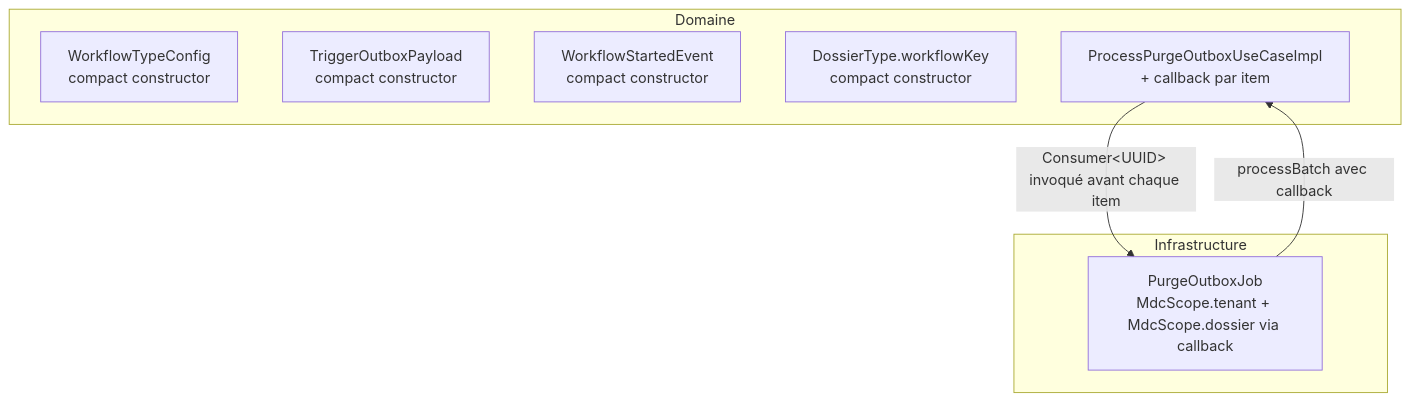
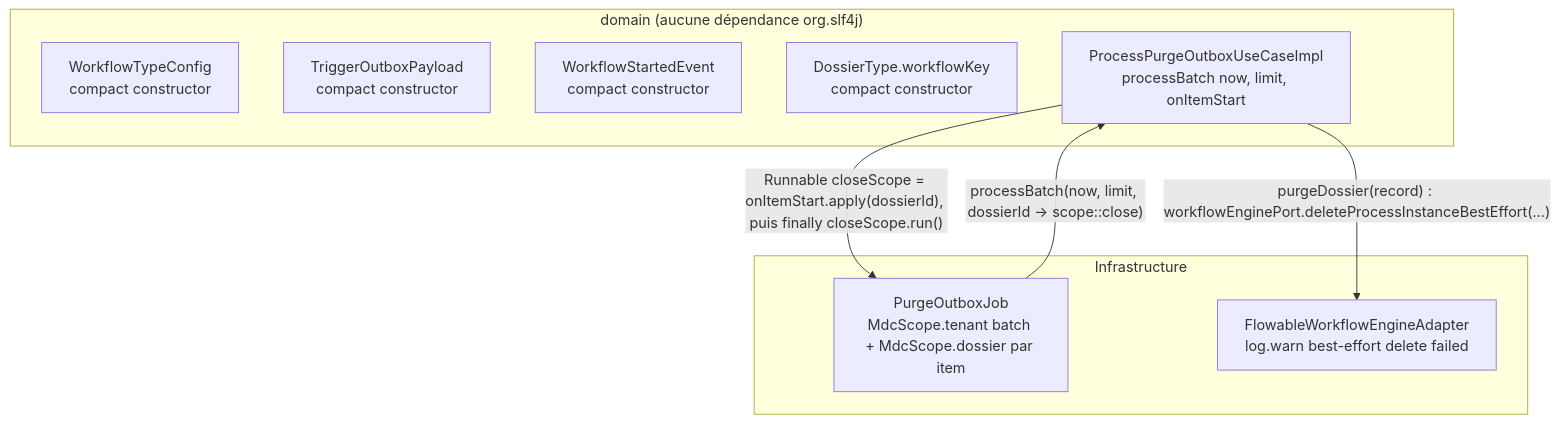
Before and after one commit to superjojo79/Myrmacta: the diagram in docs/ai/design/2026-09-01-feature-assainissement-dette-technique.md, drawn with Mermaid. The commit also changed other lines of this file, not shown here.

````diff
--- a/docs/ai/design/2026-09-01-feature-assainissement-dette-technique.md
+++ b/docs/ai/design/2026-09-01-feature-assainissement-dette-technique.md
@@ -15,15 +15,17 @@
 ```mermaid
 graph TD
-    subgraph Domaine
+    subgraph Domaine ["domain (aucune dépendance org.slf4j)"]
         WTC[WorkflowTypeConfig<br/>compact constructor]
         TOP[TriggerOutboxPayload<br/>compact constructor]
         WSE[WorkflowStartedEvent<br/>compact constructor]
         DT[DossierType.workflowKey<br/>compact constructor]
-        UC[ProcessPurgeOutboxUseCaseImpl<br/>+ callback par item]
+        UC[ProcessPurgeOutboxUseCaseImpl<br/>processBatch now, limit, onItemStart]
     end
     subgraph Infrastructure
-        Job[PurgeOutboxJob<br/>MdcScope.tenant + MdcScope.dossier via callback]
+        Job[PurgeOutboxJob<br/>MdcScope.tenant batch + MdcScope.dossier par item]
+        FA[FlowableWorkflowEngineAdapter<br/>log.warn best-effort delete failed]
     end
-    Job -->|processBatch avec callback| UC
-    UC -->|Consumer&lt;UUID&gt; invoqué avant chaque item| Job
+    Job -->|"processBatch(now, limit, dossierId -> scope::close)"| UC
+    UC -->|"Runnable closeScope = onItemStart.apply(dossierId), puis finally closeScope.run()"| Job
+    UC -->|"purgeDossier(record) : workflowEnginePort.deleteProcessInstanceBestEffort(...)"| FA
 ```
````
